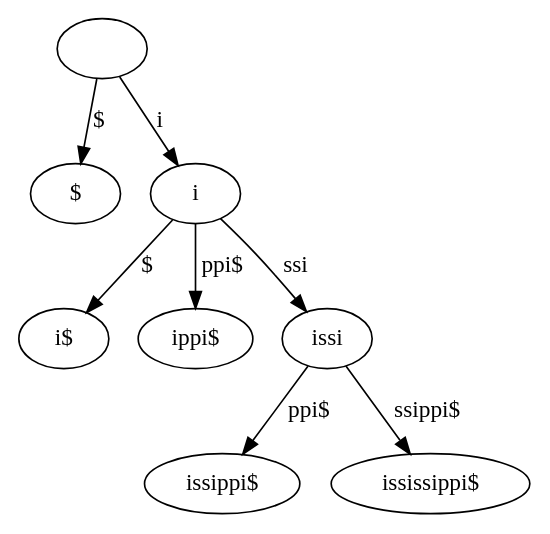
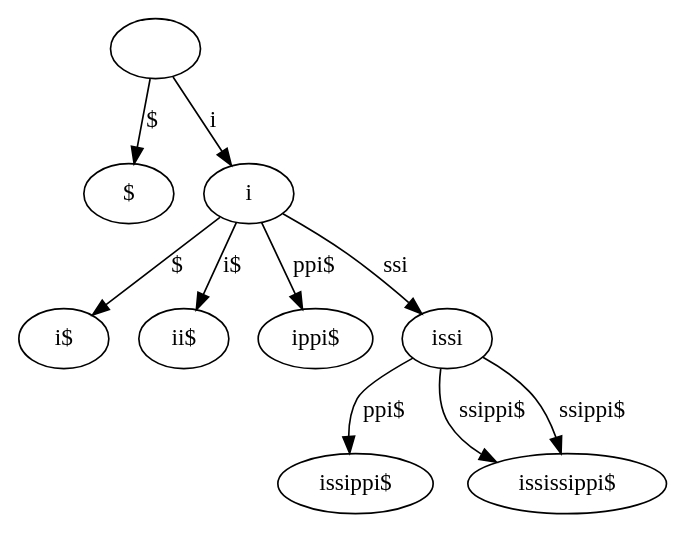
Before and after one commit to cmkobel/GSA: the diagram in 3_lcp_suffix_tree/test-output/iter/4.gv, drawn with Graphviz. The commit also changed 24 other files, not shown here.

```diff
--- a/3_lcp_suffix_tree/test-output/iter/4.gv
+++ b/3_lcp_suffix_tree/test-output/iter/4.gv
@@ -1,18 +1,22 @@
 // Suffix tree
 digraph {
 	"|" [label=""]
 	"$|$" [label="$"]
 	"|" -> "$|$" [label="$"]
 	"i|i" [label=i]
 	"$|i$" [label="i$"]
 	"i|i" -> "$|i$" [label="$"]
+	"i$|ii$" [label="ii$"]
+	"i|i" -> "i$|ii$" [label="i$"]
 	"ppi$|ippi$" [label="ippi$"]
 	"i|i" -> "ppi$|ippi$" [label="ppi$"]
 	"ssi|issi" [label=issi]
 	"ppi$|issippi$" [label="issippi$"]
 	"ssi|issi" -> "ppi$|issippi$" [label="ppi$"]
 	"ssippi$|ississippi$" [label="ississippi$"]
 	"ssi|issi" -> "ssippi$|ississippi$" [label="ssippi$"]
+	"ssippi$|ississippi$" [label="ississippi$"]
+	"ssi|issi" -> "ssippi$|ississippi$" [label="ssippi$"]
 	"i|i" -> "ssi|issi" [label=ssi]
 	"|" -> "i|i" [label=i]
 }
```
